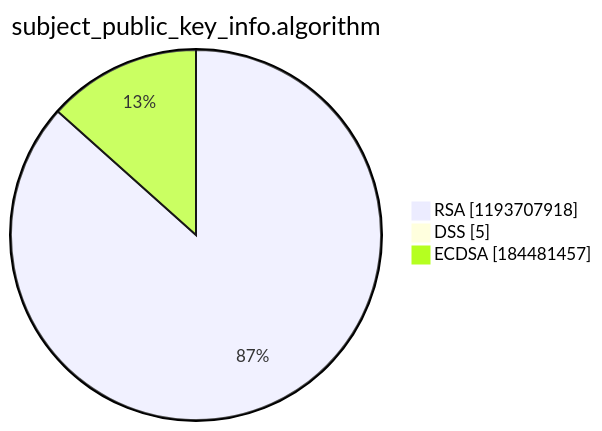
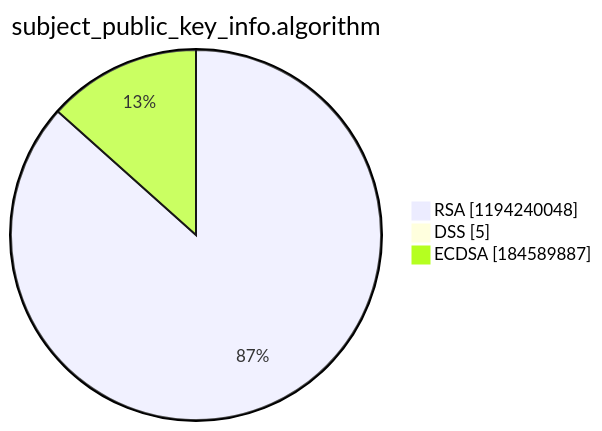
The third of 15 diagrams in argon2022/README.md (christiankrug/ctmonitor_visualization), drawn with Mermaid before and after one commit. The commit also changed other lines of this file, not shown here.

````diff
--- a/argon2022/README.md
+++ b/argon2022/README.md
@@ -14,7 +14,7 @@
 ```mermaid
 pie showData
 title subject_public_key_info.algorithm
-"RSA" :1193707918
+"RSA" :1194240048
 "DSS" :5
-"ECDSA" :184481457
+"ECDSA" :184589887
 ```
````
